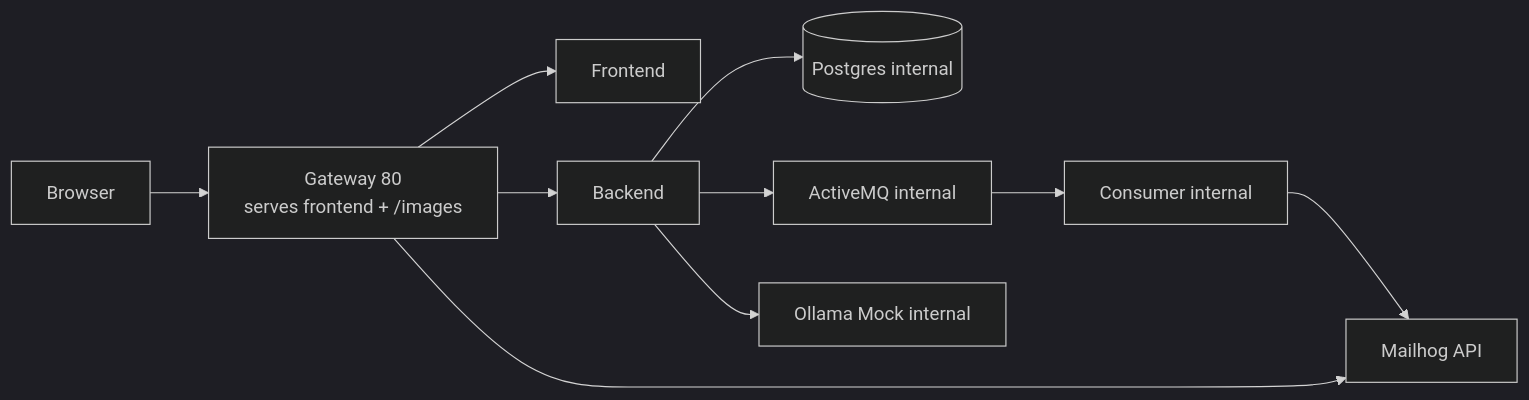
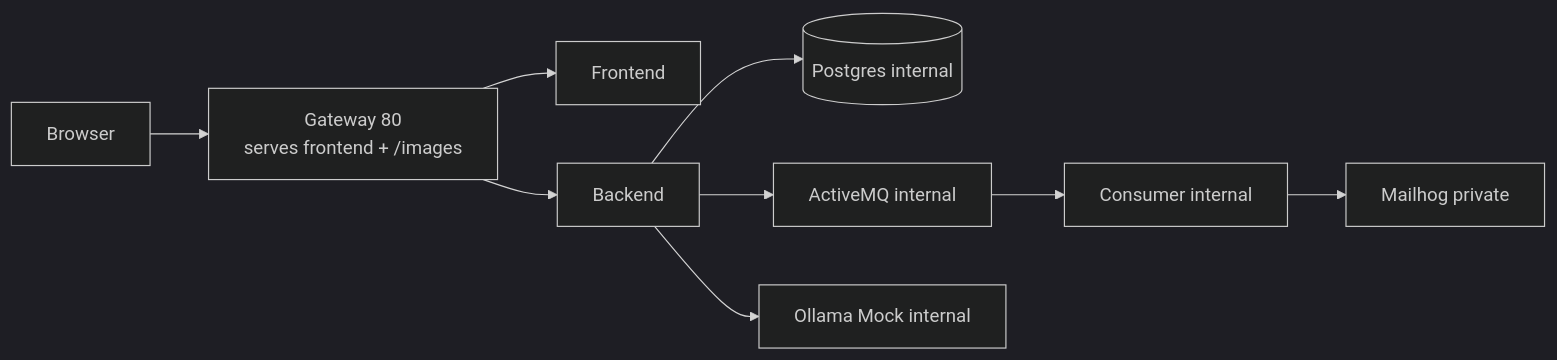
The third of 3 diagrams in docs/PROFILE_URLS.md (slawekradzyminski/awesome-localstack), drawn with Mermaid (dark theme) before and after one commit. The commit also changed other lines of this file and 17 other files, not shown here.

````diff
--- a/docs/PROFILE_URLS.md
+++ b/docs/PROFILE_URLS.md
@@ -66,12 +66,11 @@
 ```mermaid
 flowchart LR
     U[Browser] --> G[Gateway 80<br/>serves frontend + /images]
     G --> F[Frontend]
     G --> B[Backend]
-    G --> MH[Mailhog API]
     B --> DB[(Postgres internal)]
     B --> MQ[ActiveMQ internal]
     MQ --> C[Consumer internal]
-    C --> MH
+    C --> MH[Mailhog private]
     B --> O[Ollama Mock internal]
 ```
````
